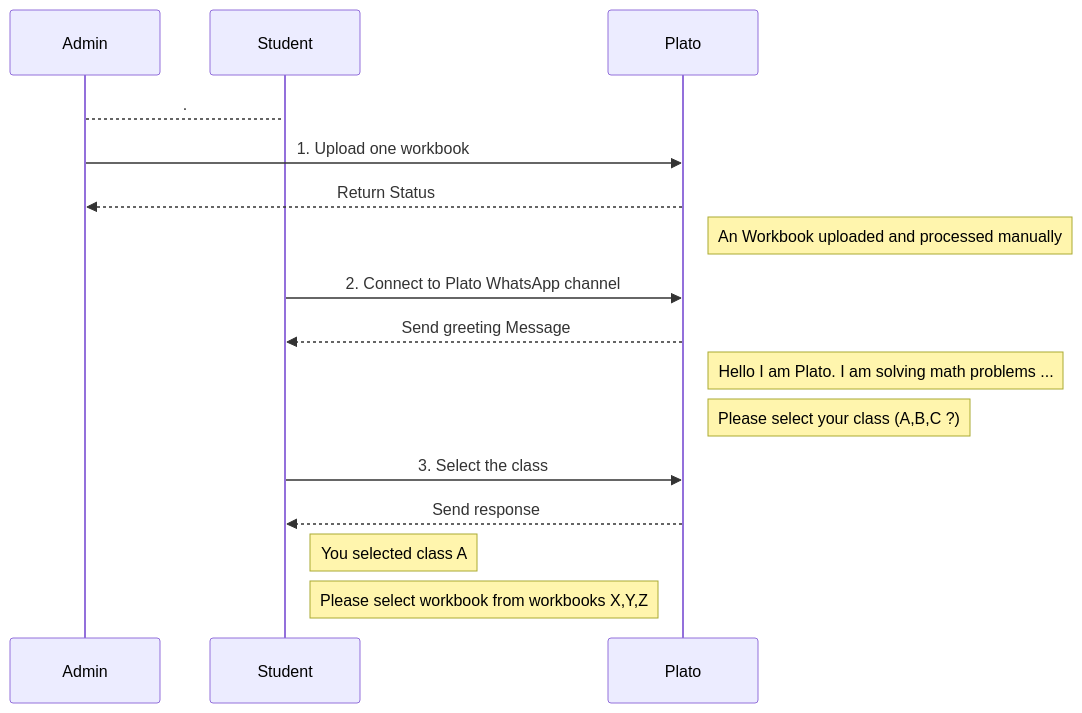
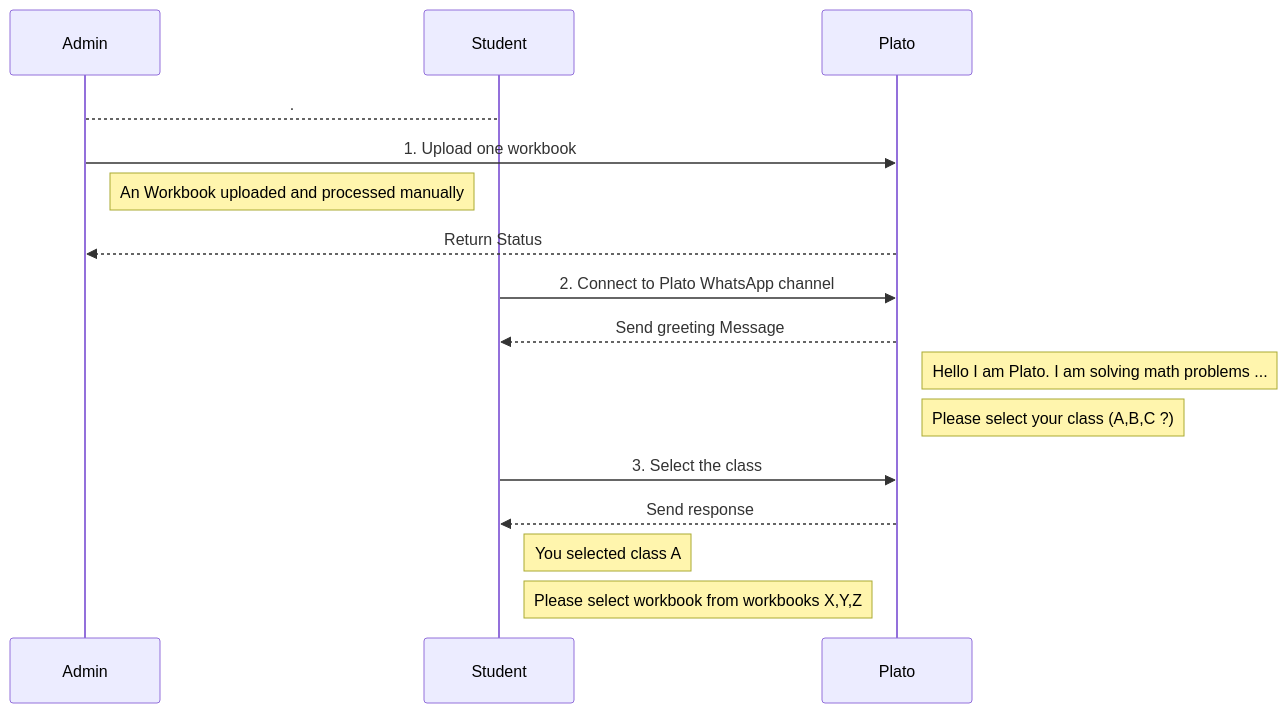
The third of 3 diagrams in docs/design.md (dimastatz/plato), drawn with Mermaid before and after one commit.

````diff
--- a/docs/design.md
+++ b/docs/design.md
@@ -95,21 +95,19 @@
 ```mermaid
 sequenceDiagram
 Admin-->Student: .
 
 Admin->>Plato: 1. Upload one workbook
+Note right of Admin: An Workbook uploaded and processed manually
 Plato-->>Admin: Return Status
-Note right of Plato: An Workbook uploaded and processed manually
 
 Student->>Plato: 2. Connect to Plato WhatsApp channel
 Plato-->>Student: Send greeting Message 
 Note right of Plato: Hello I am Plato. I am solving math problems ...
 Note right of Plato: Please select your class (A,B,C ?)
 
 Student->>Plato: 3. Select the class
 Plato-->>Student: Send response 
 Note right of Student: You selected class A
 Note right of Student: Please select workbook from workbooks X,Y,Z
 
-
-
 ```
````
